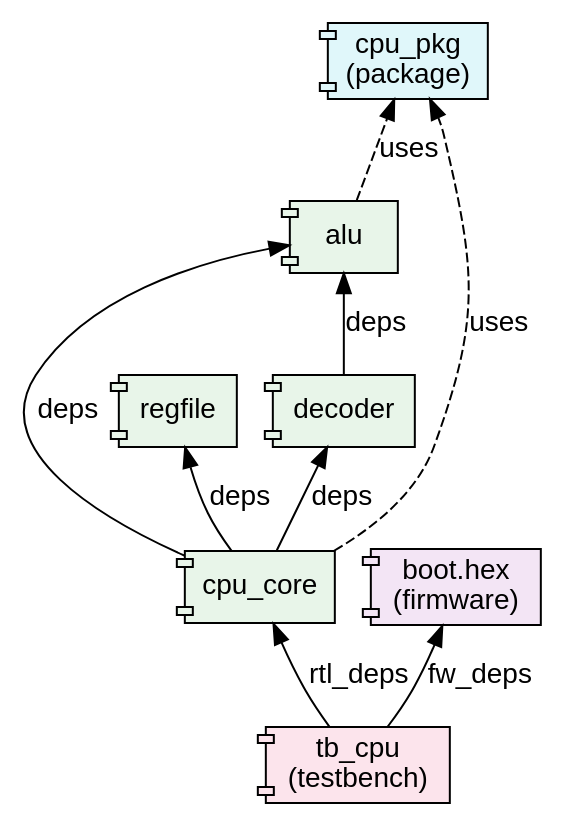
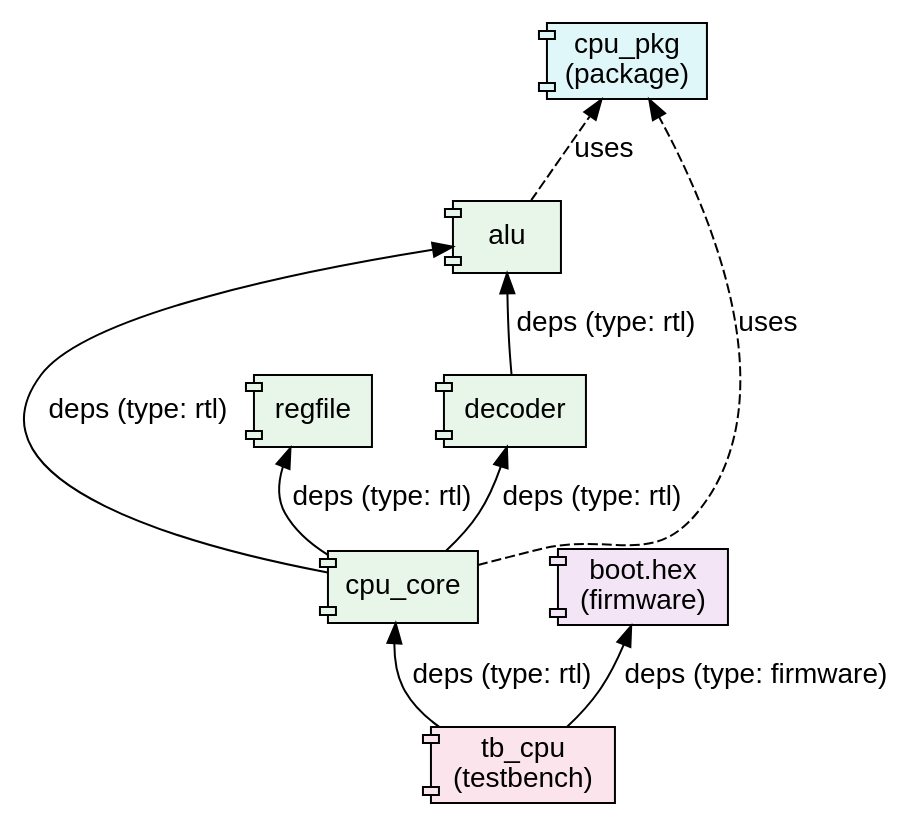
One commit to RWU-SOC/aly-tool changed diagram 11 of 13 in docs/source/architecture.rst. Above: the diagram before and after it, drawn with Graphviz. The commit also changed other lines of this file and 4 other files, not shown here.

```diff
--- a/docs/source/architecture.rst
+++ b/docs/source/architecture.rst
@@ -475,26 +711,26 @@
 .. graphviz::
    :align: center
    :caption: Dependency Resolution Example
 
    digraph deps {
       rankdir=BT;
       node [shape=component, style=filled, fillcolor="#e8f5e9", fontname="sans-serif"];
       edge [fontname="sans-serif"];
 
       tb [label="tb_cpu\n(testbench)", fillcolor="#fce4ec"];
       cpu [label="cpu_core"];
       alu [label="alu"];
       regfile [label="regfile"];
       decoder [label="decoder"];
       fw [label="boot.hex\n(firmware)", fillcolor="#f3e5f5"];
       pkg [label="cpu_pkg\n(package)", fillcolor="#e0f7fa"];
 
-      tb -> cpu [label="rtl_deps"];
-      tb -> fw [label="fw_deps"];
-      cpu -> alu [label="deps"];
-      cpu -> regfile [label="deps"];
-      cpu -> decoder [label="deps"];
-      decoder -> alu [label="deps"];
+      tb -> cpu [label="deps (type: rtl)"];
+      tb -> fw [label="deps (type: firmware)"];
+      cpu -> alu [label="deps (type: rtl)"];
+      cpu -> regfile [label="deps (type: rtl)"];
+      cpu -> decoder [label="deps (type: rtl)"];
+      decoder -> alu [label="deps (type: rtl)"];
       cpu -> pkg [style=dashed, label="uses"];
       alu -> pkg [style=dashed, label="uses"];
    }
```
